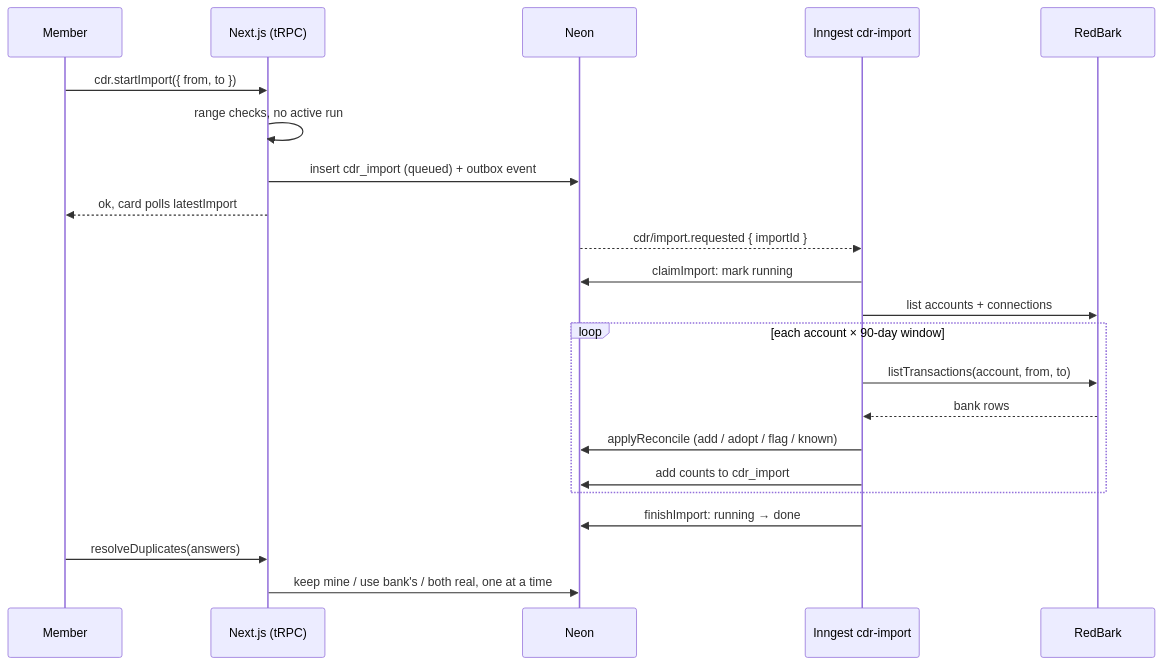
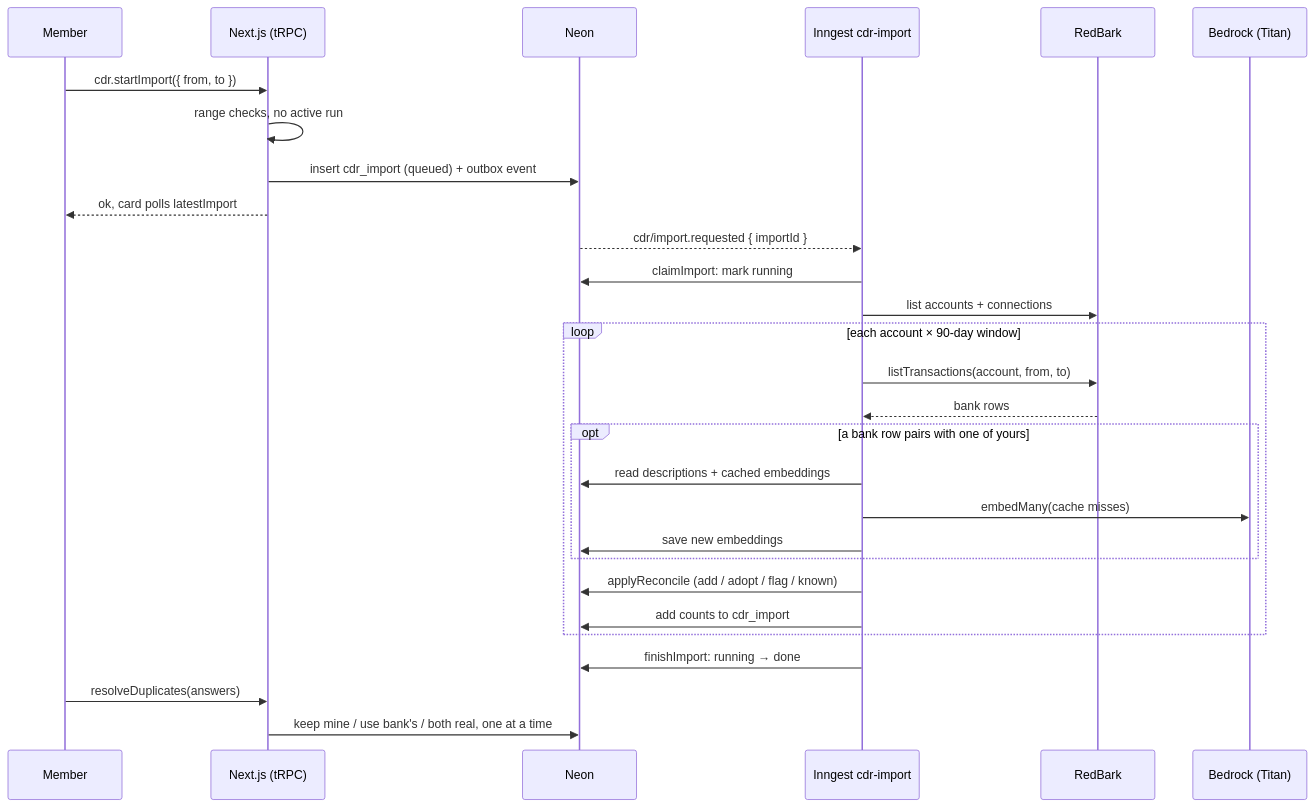
One commit to samjmarshall/personal-finance changed the first of 2 diagrams in docs/feature/history-import.md. Above: the diagram before and after it, drawn with Mermaid. The commit also changed other lines of this file and 22 other files, not shown here.

First line of the commit message:
feat(transactions): score meaning with Titan embeddings, cached in pgvector

````diff
--- a/docs/feature/history-import.md
+++ b/docs/feature/history-import.md
@@ -76,25 +77,31 @@
 ```mermaid
 sequenceDiagram
     participant M as Member
     participant App as Next.js (tRPC)
     participant DB as Neon
     participant Job as Inngest cdr-import
     participant RB as RedBark
+    participant Bedrock as Bedrock (Titan)
 
     M->>App: cdr.startImport({ from, to })
     App->>App: range checks, no active run
     App->>DB: insert cdr_import (queued) + outbox event
     App-->>M: ok, card polls latestImport
     DB-->>Job: cdr/import.requested { importId }
     Job->>DB: claimImport: mark running
     Job->>RB: list accounts + connections
     loop each account × 90-day window
         Job->>RB: listTransactions(account, from, to)
         RB-->>Job: bank rows
+        opt a bank row pairs with one of yours
+            Job->>DB: read descriptions + cached embeddings
+            Job->>Bedrock: embedMany(cache misses)
+            Job->>DB: save new embeddings
+        end
         Job->>DB: applyReconcile (add / adopt / flag / known)
         Job->>DB: add counts to cdr_import
     end
     Job->>DB: finishImport: running → done
     M->>App: resolveDuplicates(answers)
     App->>DB: keep mine / use bank's / both real, one at a time
 ```
````
